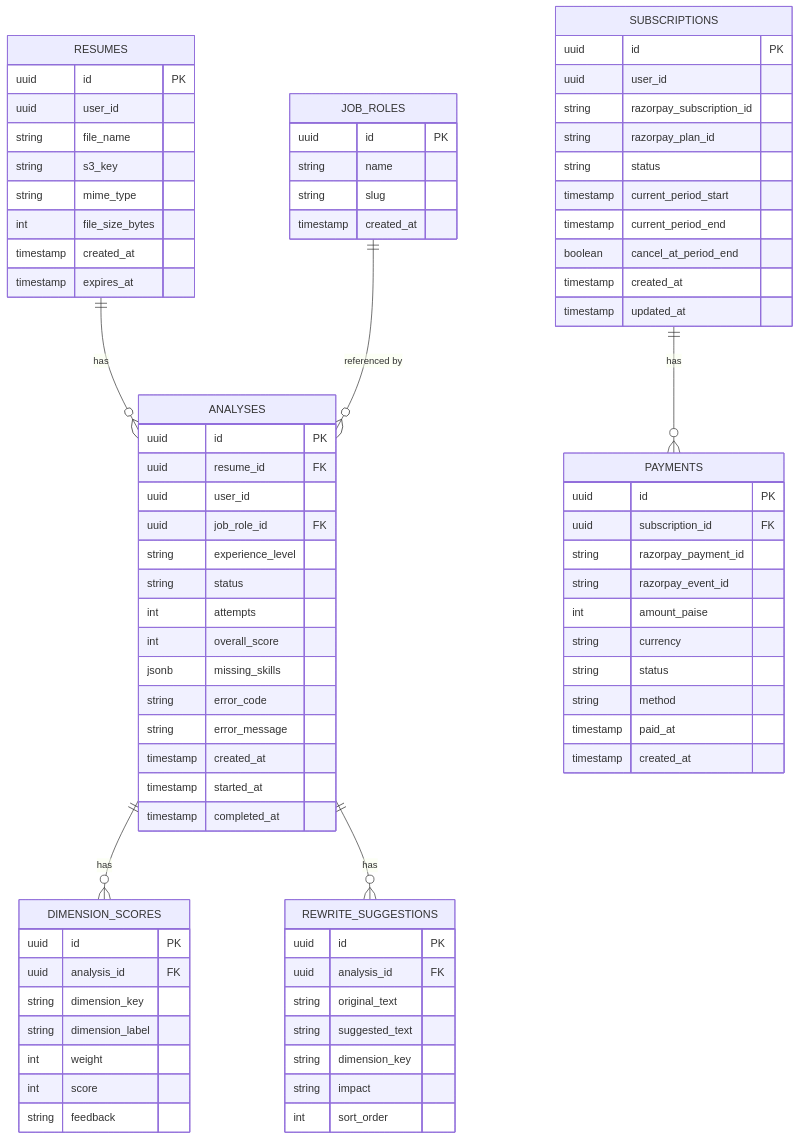
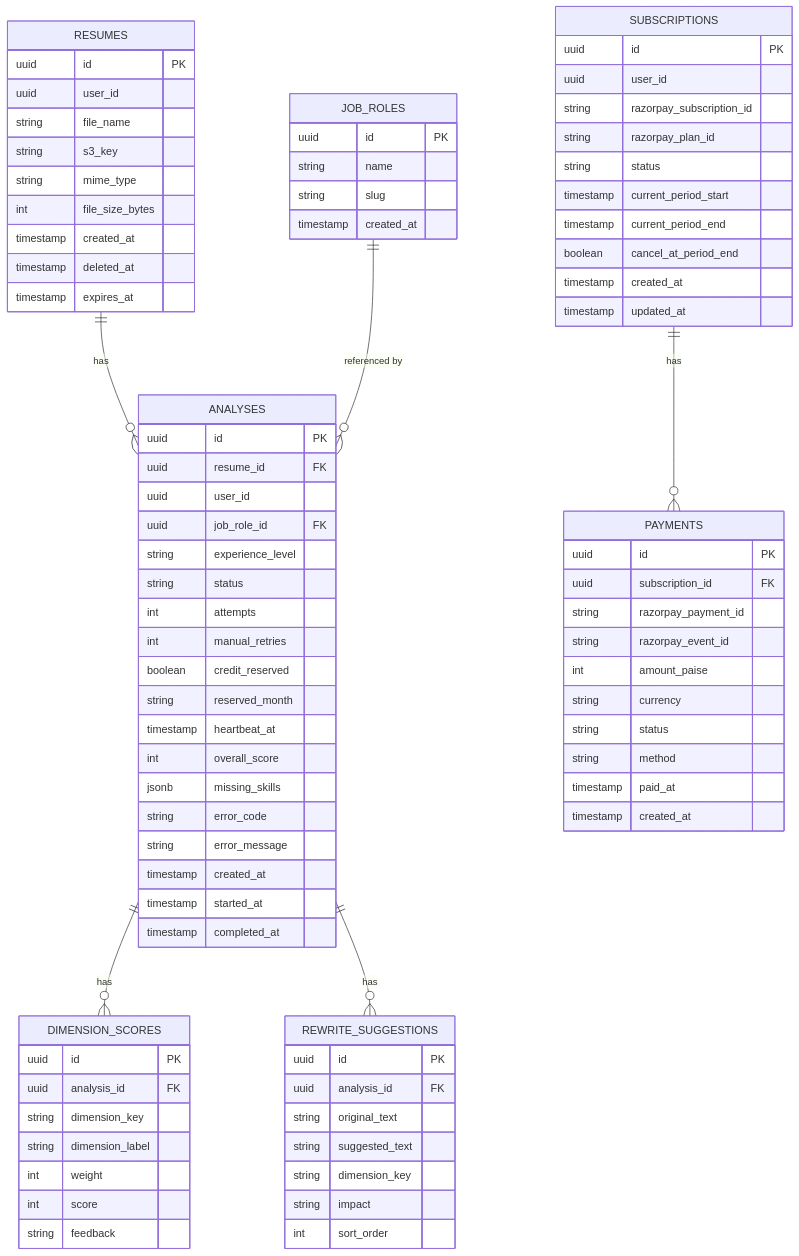
The sixth of 6 diagrams in sovan/spec.md (divii-school/spec-homework), drawn with Mermaid before and after one commit. The commit also changed other lines of this file, not shown here.

Commit message:
docs(spec): v1.3 step 3 — analysis job state machine: heartbeat + stalled sweep, enqueue rollback, credit_reserved/reserved_month accounting, retry cap, AI response validation, INSERT-before-PutObject, soft-delete resumes

```diff
--- a/sovan/spec.md
+++ b/sovan/spec.md
@@ -540,6 +552,7 @@
         string mime_type
         int file_size_bytes
         timestamp created_at
+        timestamp deleted_at
         timestamp expires_at
     }
 
@@ -551,6 +564,10 @@
         string experience_level
         string status
         int attempts
+        int manual_retries
+        boolean credit_reserved
+        string reserved_month
+        timestamp heartbeat_at
         int overall_score
         jsonb missing_skills
         string error_code
```
